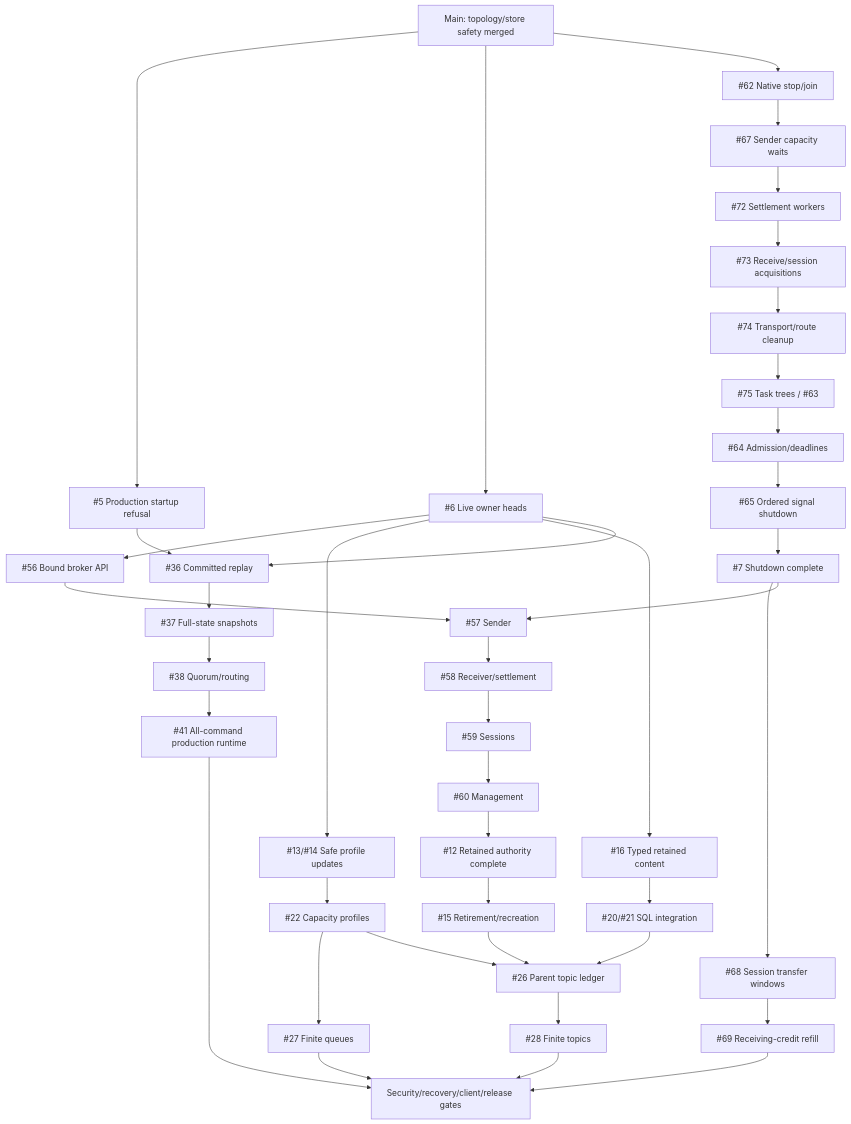
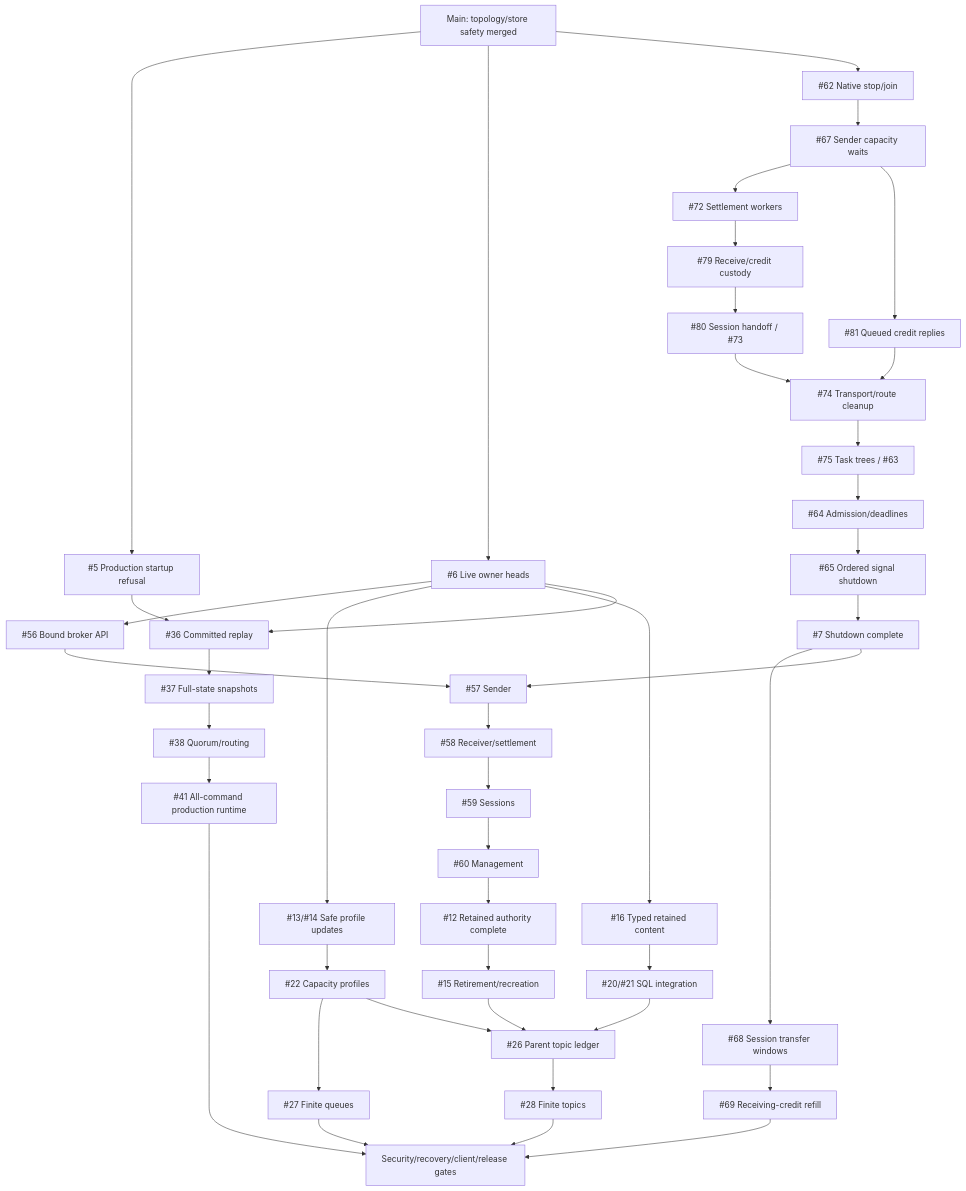
Before and after one commit to DeandreT/switchyard: the diagram in docs/roadmap.md, drawn with Mermaid. The commit also changed other lines of this file and 8 other files, not shown here.

````diff
--- a/docs/roadmap.md
+++ b/docs/roadmap.md
@@ -49,42 +50,45 @@
 ```mermaid
 flowchart TD
     Main["Main: topology/store safety merged"] --> Guard["#5 Production startup refusal"]
     Main --> Owners["#6 Live owner heads"]
     Owners --> Core["#56 Bound broker API"]
     Core --> Sender["#57 Sender"]
     Main --> Native["#62 Native stop/join"]
     Native --> Permits["#67 Sender capacity waits"]
     Permits --> Settlement["#72 Settlement workers"]
-    Settlement --> Acquisition["#73 Receive/session acquisitions"]
+    Settlement --> Receive["#79 Receive/credit custody"]
+    Receive --> Acquisition["#80 Session handoff / #73"]
+    Permits --> CreditReply["#81 Queued credit replies"]
+    CreditReply --> Transport
     Acquisition --> Transport["#74 Transport/route cleanup"]
     Transport --> Protocol["#75 Task trees / #63"]
     Protocol --> Admission["#64 Admission/deadlines"]
     Admission --> Signals["#65 Ordered signal shutdown"]
     Signals --> Shutdown["#7 Shutdown complete"]
     Shutdown --> Windows["#68 Session transfer windows"]
     Windows --> Refill["#69 Receiving-credit refill"]
     Refill --> Gates
     Shutdown --> Sender
     Sender --> Receiver["#58 Receiver/settlement"]
     Receiver --> Sessions["#59 Sessions"]
     Sessions --> Management["#60 Management"]
     Management --> Bindings["#12 Retained authority complete"]
     Bindings --> Delete["#15 Retirement/recreation"]
     Owners --> Profiles["#13/#14 Safe profile updates"]
     Owners --> Content["#16 Typed retained content"]
     Content --> SQL["#20/#21 SQL integration"]
     Profiles --> Modes["#22 Capacity profiles"]
     Modes --> Queue["#27 Finite queues"]
     Modes --> Ledger["#26 Parent topic ledger"]
     SQL --> Ledger
     Delete --> Ledger
     Ledger --> Topic["#28 Finite topics"]
     Guard --> Log["#36 Committed replay"]
     Owners --> Log
     Log --> Snapshot["#37 Full-state snapshots"]
     Snapshot --> Quorum["#38 Quorum/routing"]
     Quorum --> Runtime["#41 All-command production runtime"]
     Runtime --> Gates["Security/recovery/client/release gates"]
     Topic --> Gates
     Queue --> Gates
 ```
````
